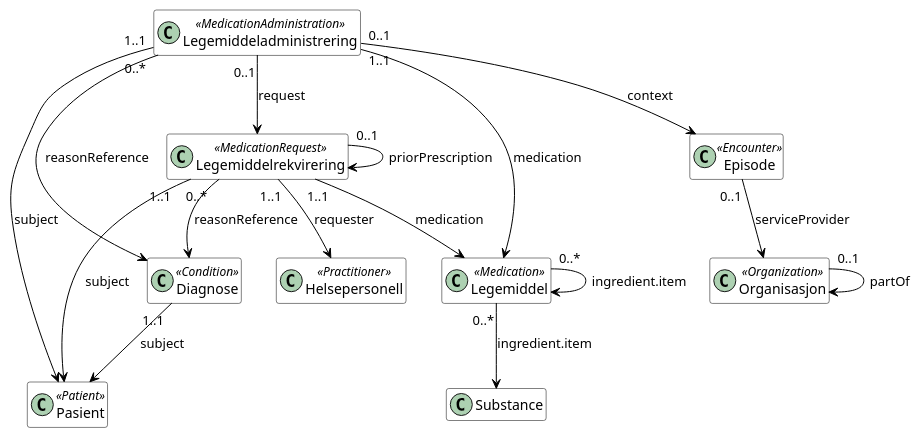
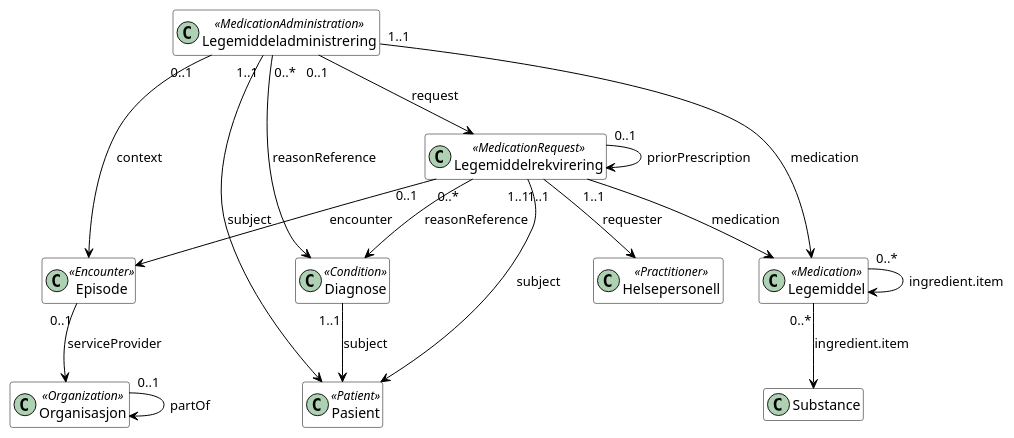
The diagram in LMDI/input/images/informasjonsmodell-enkel.plantuml (HL7Norway/LMDI), drawn with PlantUML before and after one commit. The commit also changed 2 other files, not shown here.

```diff
--- a/LMDI/input/images/informasjonsmodell-enkel.plantuml
+++ b/LMDI/input/images/informasjonsmodell-enkel.plantuml
@@ -1,36 +1,37 @@
 @startuml
 
 hide empty members
 skinparam class {
     BackgroundColor White
     ArrowColor Black
     BorderColor Black
 }
 
 class Diagnose <<Condition>>
 class Episode <<Encounter>>
 class Helsepersonell <<Practitioner>>
 class Legemiddel <<Medication>>
 class Legemiddeladministrering <<MedicationAdministration>>
 class Legemiddelrekvirering <<MedicationRequest>>
 class Organisasjon <<Organization>>
 class Pasient <<Patient>>
 class Substance
 
 Diagnose "1..1" --> Pasient : "subject"
 Episode "0..1" --> Organisasjon : "serviceProvider"
 Legemiddel "0..*" --> Substance : "ingredient.item"
 Legemiddel "0..*" --> Legemiddel : "ingredient.item"
 Legemiddeladministrering "1..1" --> Legemiddel : "medication"
 Legemiddeladministrering "1..1" --> Pasient : "subject"
 Legemiddeladministrering "0..1" --> Episode : "context"
 Legemiddeladministrering "0..*" --> Diagnose : "reasonReference"
 Legemiddeladministrering "0..1" --> Legemiddelrekvirering : "request"
 Legemiddelrekvirering "1..1" --> Legemiddel : "medication"
 Legemiddelrekvirering "1..1" --> Pasient : "subject"
+Legemiddelrekvirering "0..1" --> Episode : "encounter"
 Legemiddelrekvirering "1..1" --> Helsepersonell : "requester"
 Legemiddelrekvirering "0..*" --> Diagnose : "reasonReference"
 Legemiddelrekvirering "0..1" --> Legemiddelrekvirering : "priorPrescription"
 Organisasjon "0..1" --> Organisasjon : "partOf"
 
 @enduml
```
